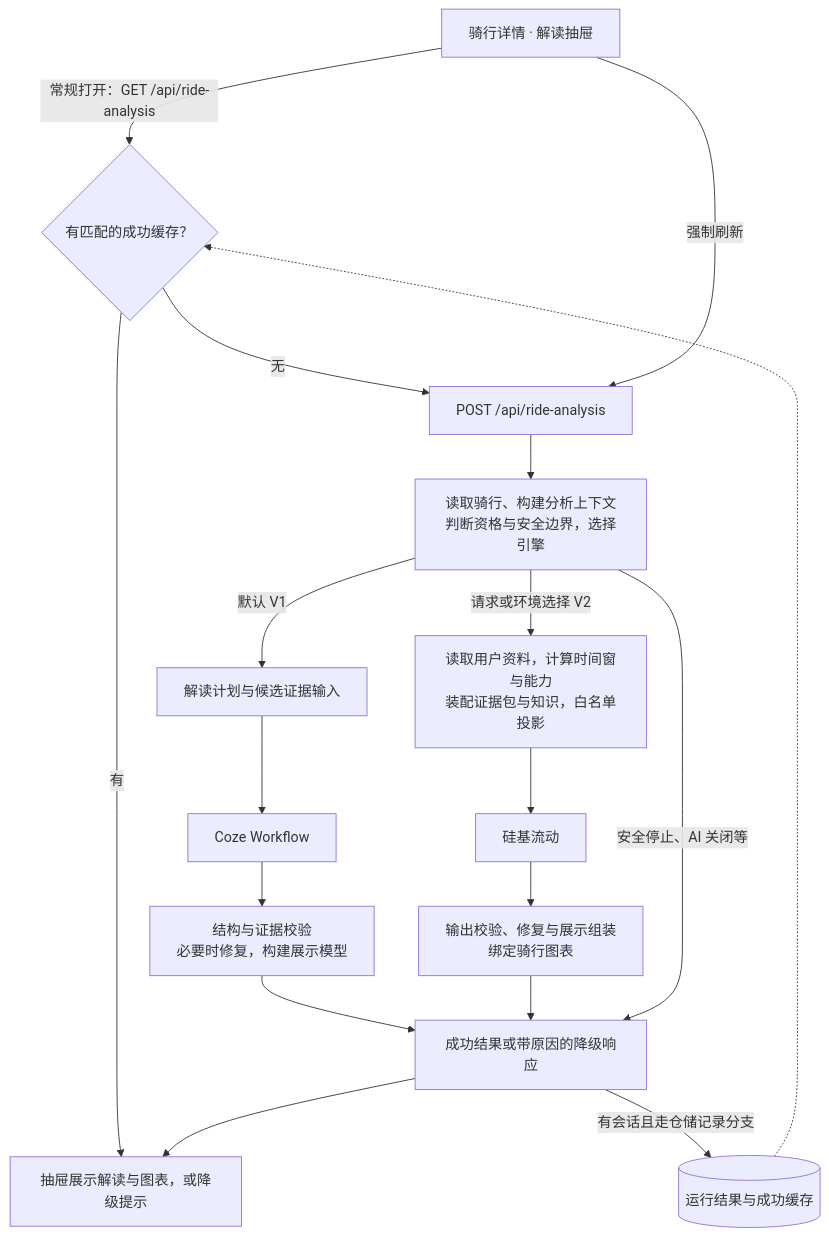
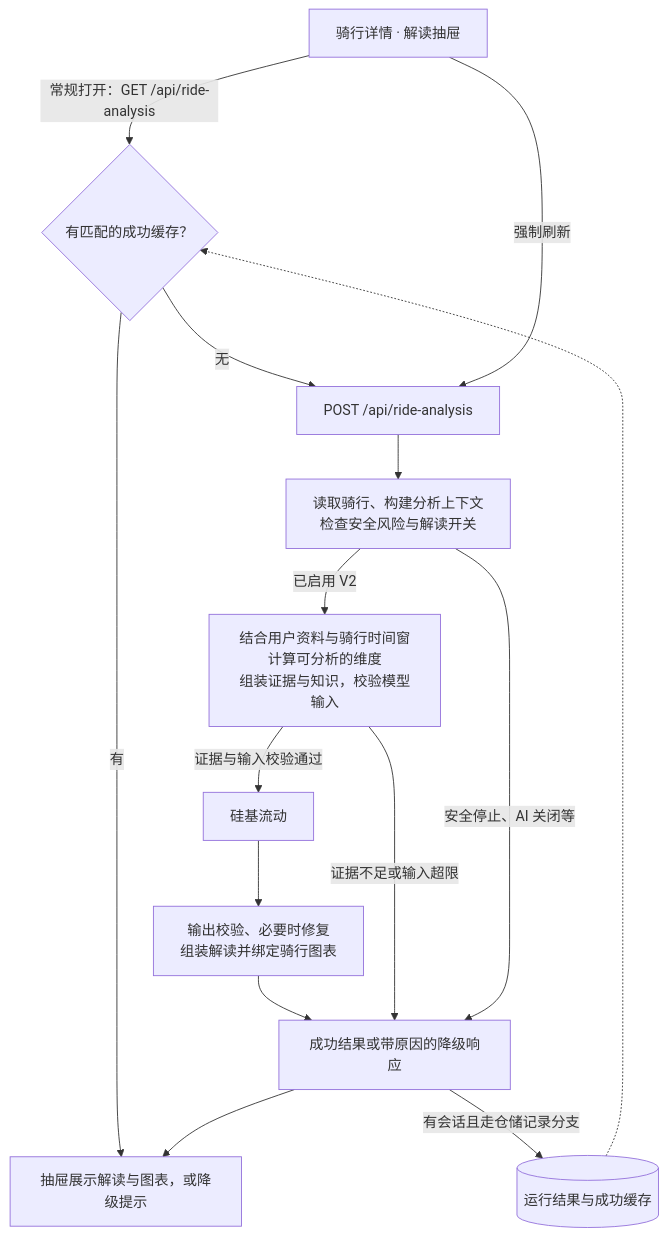
One commit to yininglee/ai-cycler changed the third of 5 diagrams in doc_m7_main/AI_Cycler_项目架构.md. Above: the diagram before and after it, drawn with Mermaid. The commit also changed other lines of this file and 16 other files, not shown here.

````diff
--- a/doc_m7_main/AI_Cycler_项目架构.md
+++ b/doc_m7_main/AI_Cycler_项目架构.md
@@ -81,20 +80,17 @@
 ```mermaid
 flowchart TB
     Sheet["骑行详情 · 解读抽屉"] -->|"常规打开：GET /api/ride-analysis"| Cache{"有匹配的成功缓存？"}
     Cache -->|有| Render["抽屉展示解读与图表，或降级提示"]
     Cache -->|无| Post["POST /api/ride-analysis"]
     Sheet -->|强制刷新| Post
-    Post --> Gate["读取骑行、构建分析上下文<br/>判断资格与安全边界，选择引擎"]
-    Gate -->|默认 V1| V1Input["解读计划与候选证据输入"]
-    Gate -->|请求或环境选择 V2| V2Input["读取用户资料，计算时间窗与能力<br/>装配证据包与知识，白名单投影"]
-    V1Input --> Coze["Coze Workflow"]
-    V2Input --> Model["硅基流动"]
-    Coze --> V1Output["结构与证据校验<br/>必要时修复，构建展示模型"]
-    Model --> V2Output["输出校验、修复与展示组装<br/>绑定骑行图表"]
-    V1Output --> Result["成功结果或带原因的降级响应"]
-    V2Output --> Result
+    Post --> Gate["读取骑行、构建分析上下文<br/>检查安全风险与解读开关"]
+    Gate -->|已启用 V2| V2Input["结合用户资料与骑行时间窗计算可分析的维度<br/>组装证据与知识，校验模型输入"]
+    V2Input -->|证据与输入校验通过| Model["硅基流动"]
+    Model --> V2Output["输出校验、必要时修复<br/>组装解读并绑定骑行图表"]
+    V2Output --> Result["成功结果或带原因的降级响应"]
+    V2Input -->|证据不足或输入超限| Result
     Gate -->|安全停止、AI 关闭等| Result
     Result --> Render
     Result -->|有会话且走仓储记录分支| Saved[("运行结果与成功缓存")]
     Saved -.-> Cache
 ```
````
